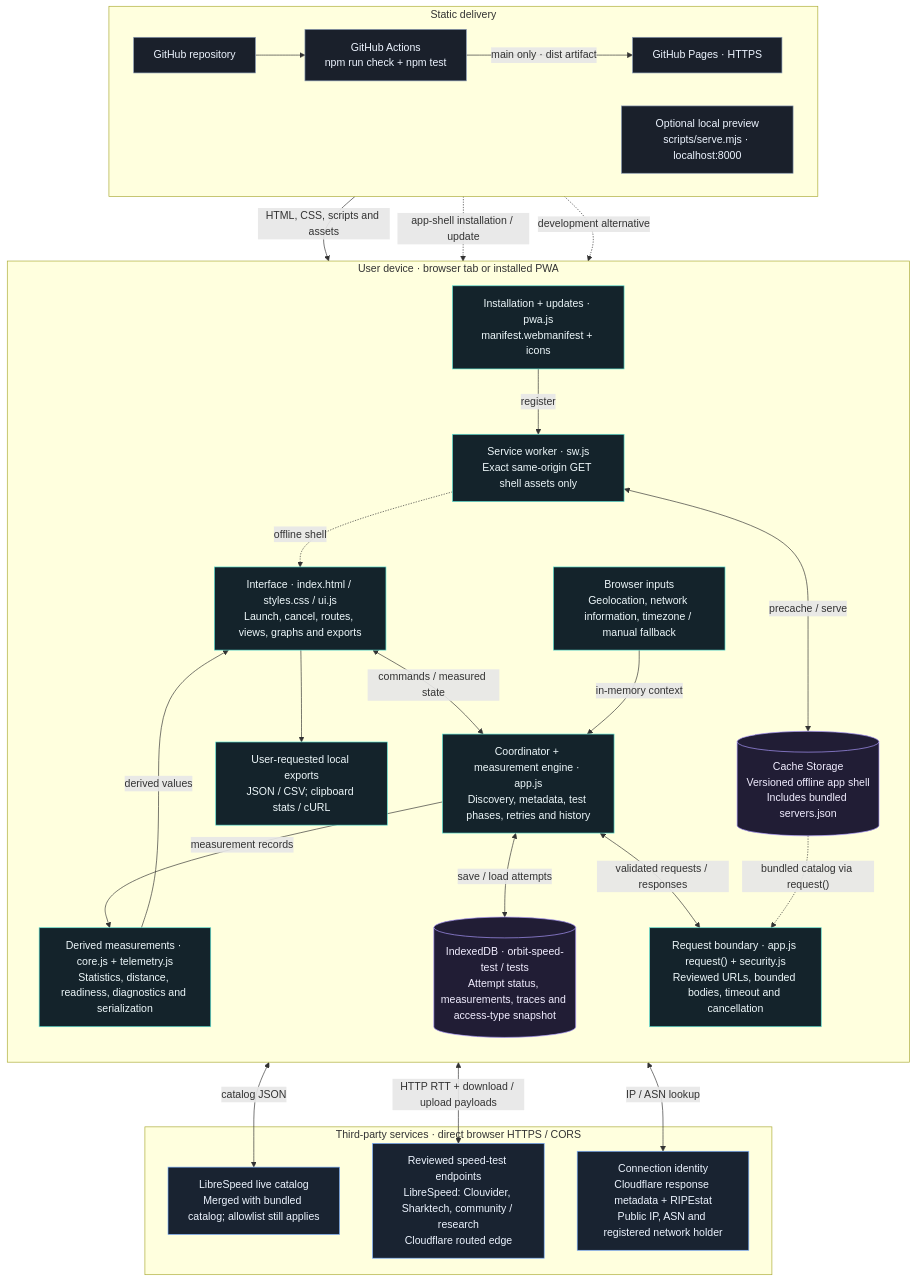
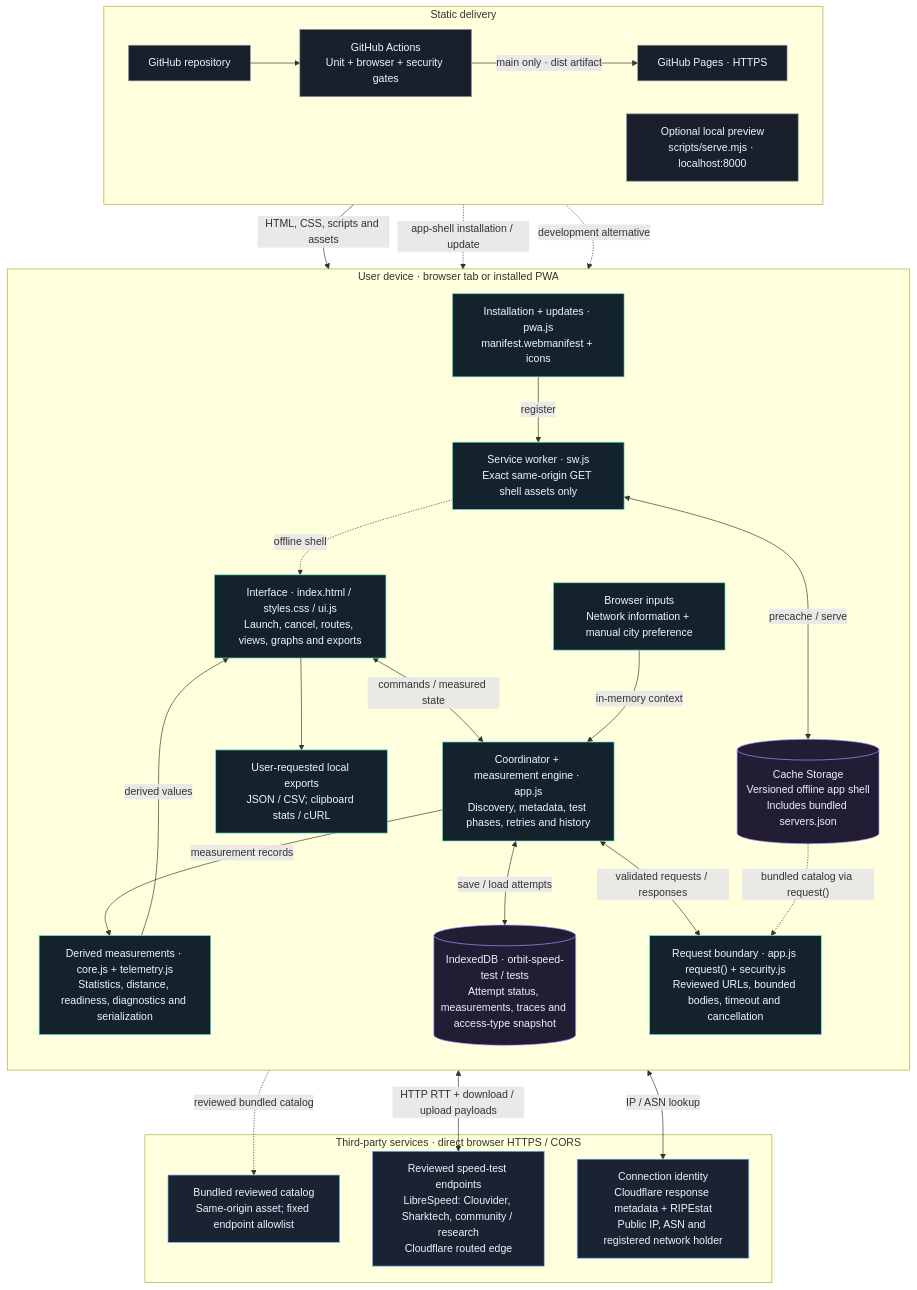
One commit to DrithimanM/orbit-speed-test changed the diagram in docs/orbit-architecture.mmd. Above: the diagram before and after it, drawn with Mermaid. The commit also changed 36 other files, not shown here.

```diff
--- a/docs/orbit-architecture.mmd
+++ b/docs/orbit-architecture.mmd
@@ -1,54 +1,54 @@
 flowchart TB
   subgraph Delivery["Static delivery"]
     direction LR
-    Repo["GitHub repository"] --> CI["GitHub Actions<br/>npm run check + npm test"]
+    Repo["GitHub repository"] --> CI["GitHub Actions<br/>Unit + browser + security gates"]
     CI -->|"main only · dist artifact"| Pages["GitHub Pages · HTTPS"]
     Local["Optional local preview<br/>scripts/serve.mjs · localhost:8000"]
   end
 
   subgraph Browser["User device · browser tab or installed PWA"]
     direction TB
     UI["Interface · index.html / styles.css / ui.js<br/>Launch, cancel, routes, views, graphs and exports"]
     App["Coordinator + measurement engine · app.js<br/>Discovery, metadata, test phases, retries and history"]
     Calc["Derived measurements · core.js + telemetry.js<br/>Statistics, distance, readiness, diagnostics and serialization"]
     Gate["Request boundary · app.js request() + security.js<br/>Reviewed URLs, bounded bodies, timeout and cancellation"]
-    Inputs["Browser inputs<br/>Geolocation, network information, timezone / manual fallback"]
+    Inputs["Browser inputs<br/>Network information + manual city preference"]
     History[("IndexedDB · orbit-speed-test / tests<br/>Attempt status, measurements, traces and access-type snapshot")]
     PWA["Installation + updates · pwa.js<br/>manifest.webmanifest + icons"]
     SW["Service worker · sw.js<br/>Exact same-origin GET shell assets only"]
     Cache[("Cache Storage<br/>Versioned offline app shell<br/>Includes bundled servers.json")]
     Files["User-requested local exports<br/>JSON / CSV; clipboard stats / cURL"]
     UI <-->|"commands / measured state"| App
     App -->|"measurement records"| Calc
     Calc -->|"derived values"| UI
     Inputs -->|"in-memory context"| App
     App <-->|"save / load attempts"| History
     App <-->|"validated requests / responses"| Gate
     UI --> Files
     PWA -->|"register"| SW
     SW <-->|"precache / serve"| Cache
     SW -.->|"offline shell"| UI
     Cache -.->|"bundled catalog via request()"| Gate
   end
 
   subgraph Remote["Third-party services · direct browser HTTPS / CORS"]
-    Catalog["LibreSpeed live catalog<br/>Merged with bundled catalog; allowlist still applies"]
+    Catalog["Bundled reviewed catalog<br/>Same-origin asset; fixed endpoint allowlist"]
     Endpoints["Reviewed speed-test endpoints<br/>LibreSpeed: Clouvider, Sharktech, community / research<br/>Cloudflare routed edge"]
     Identity["Connection identity<br/>Cloudflare response metadata + RIPEstat<br/>Public IP, ASN and registered network holder"]
   end
 
   Pages -->|"HTML, CSS, scripts and assets"| UI
   Pages -.->|"app-shell installation / update"| SW
   Local -.->|"development alternative"| UI
-  Gate <-->|"catalog JSON"| Catalog
+  Cache -.->|"reviewed bundled catalog"| Catalog
   Gate <-->|"HTTP RTT + download / upload payloads"| Endpoints
   Gate <-->|"IP / ASN lookup"| Identity
 
   classDef client fill:#14232b,stroke:#5ce4d5,color:#edf7fa
   classDef storage fill:#211d35,stroke:#ad9bff,color:#f1edff
   classDef external fill:#192331,stroke:#7aafff,color:#edf4ff
   classDef delivery fill:#1a202b,stroke:#8798b2,color:#edf4ff
   class UI,App,Calc,Gate,Inputs,PWA,SW,Files client
   class History,Cache storage
   class Catalog,Endpoints,Identity external
   class Repo,CI,Pages,Local delivery
```
